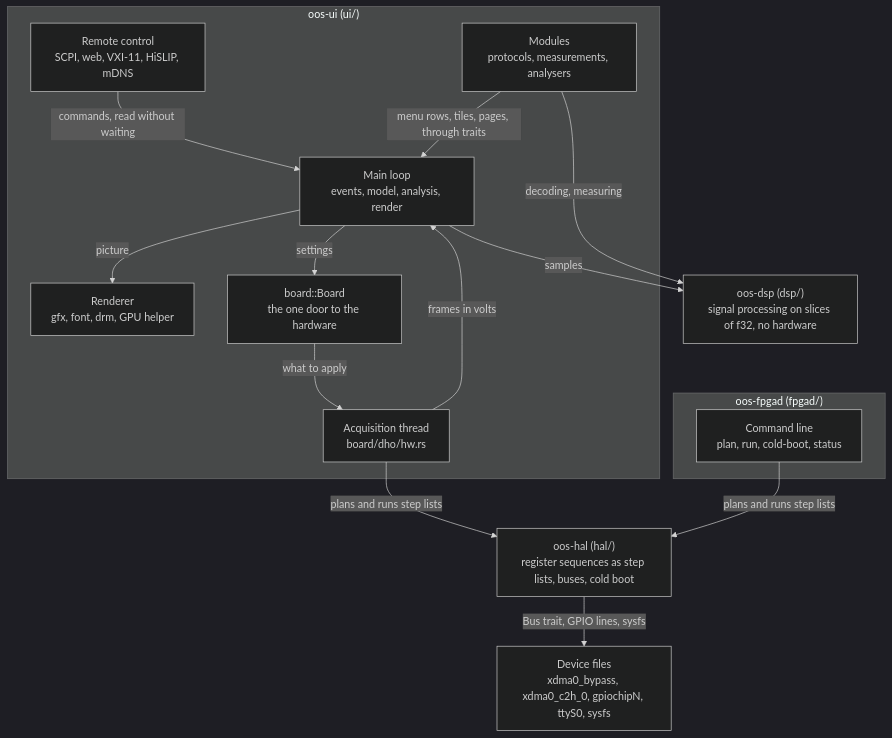
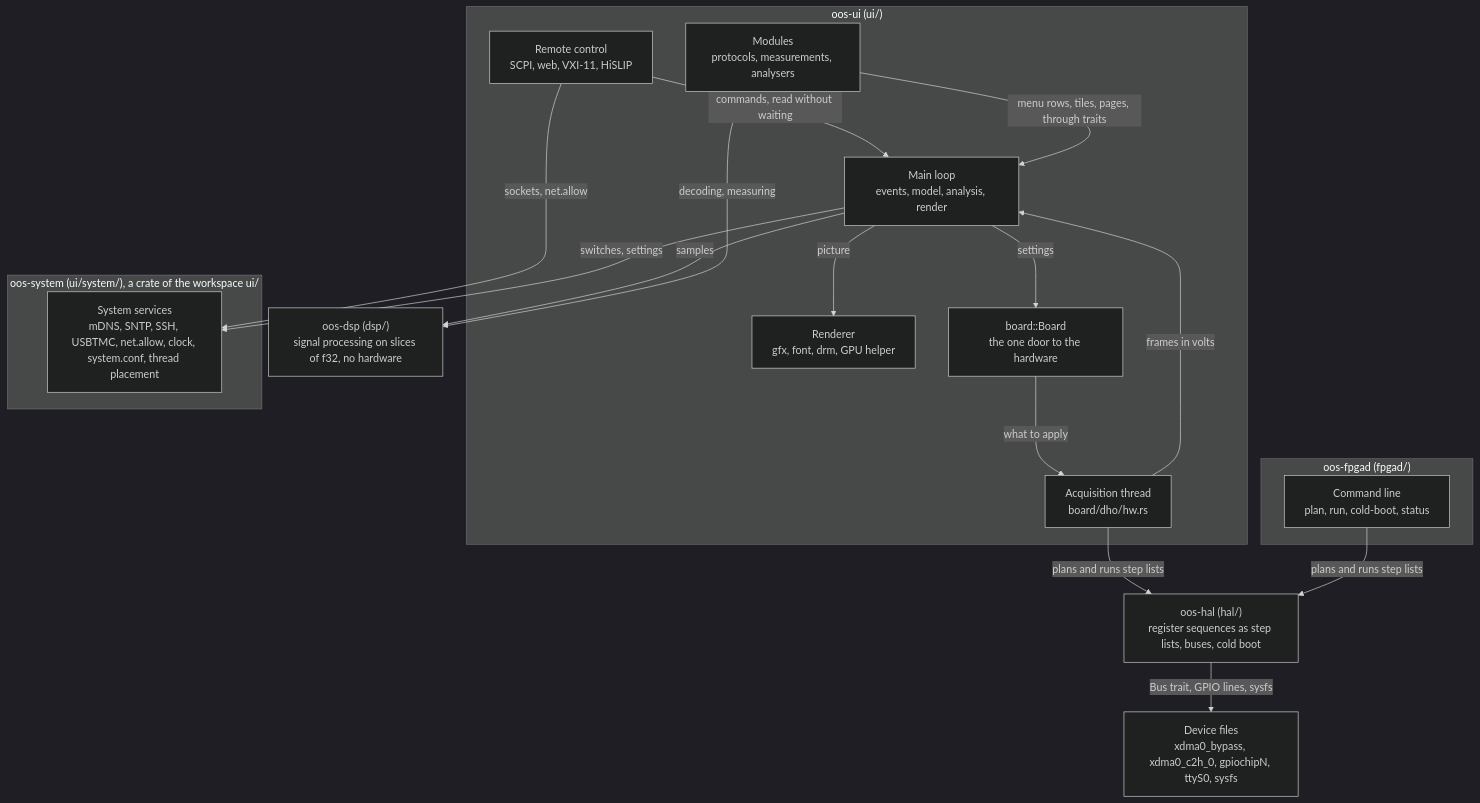
One commit to deckerjulian/oos changed the third of 4 diagrams in docs/architecture.md. Above: the diagram before and after it, drawn with Mermaid (dark theme). The commit also changed other lines of this file and 47 other files, not shown here.

````diff
--- a/docs/architecture.md
+++ b/docs/architecture.md
@@ -91,28 +91,33 @@
 ```mermaid
 flowchart TB
     subgraph uiP["oos-ui (ui/)"]
-        remote["Remote control<br/>SCPI, web, VXI-11, HiSLIP, mDNS"]
+        remote["Remote control<br/>SCPI, web, VXI-11, HiSLIP"]
         mainloop["Main loop<br/>events, model, analysis, render"]
         mods["Modules<br/>protocols, measurements, analysers"]
         draw["Renderer<br/>gfx, font, drm, GPU helper"]
         board["board::Board<br/>the one door to the hardware"]
         acq["Acquisition thread<br/>board/dho/hw.rs"]
+    end
+    subgraph sysP["oos-system (ui/system/), a crate of the workspace ui/"]
+        sys["System services<br/>mDNS, SNTP, SSH, USBTMC, net.allow, clock, system.conf, thread placement"]
     end
     subgraph fpgadP["oos-fpgad (fpgad/)"]
         cli["Command line<br/>plan, run, cold-boot, status"]
     end
     dsp["oos-dsp (dsp/)<br/>signal processing on slices of f32, no hardware"]
     hal["oos-hal (hal/)<br/>register sequences as step lists, buses, cold boot"]
     dev["Device files<br/>xdma0_bypass, xdma0_c2h_0, gpiochipN, ttyS0, sysfs"]
     remote -- "commands, read without waiting" --> mainloop
+    remote -- "sockets, net.allow" --> sys
+    mainloop -- "switches, settings" --> sys
     mods -- "menu rows, tiles, pages, through traits" --> mainloop
     mainloop -- "picture" --> draw
     mainloop -- "settings" --> board
     board -- "what to apply" --> acq
     acq -- "frames in volts" --> mainloop
     mainloop -- "samples" --> dsp
     mods -- "decoding, measuring" --> dsp
     acq -- "plans and runs step lists" --> hal
     cli -- "plans and runs step lists" --> hal
     hal -- "Bus trait, GPIO lines, sysfs" --> dev
 ```
````
